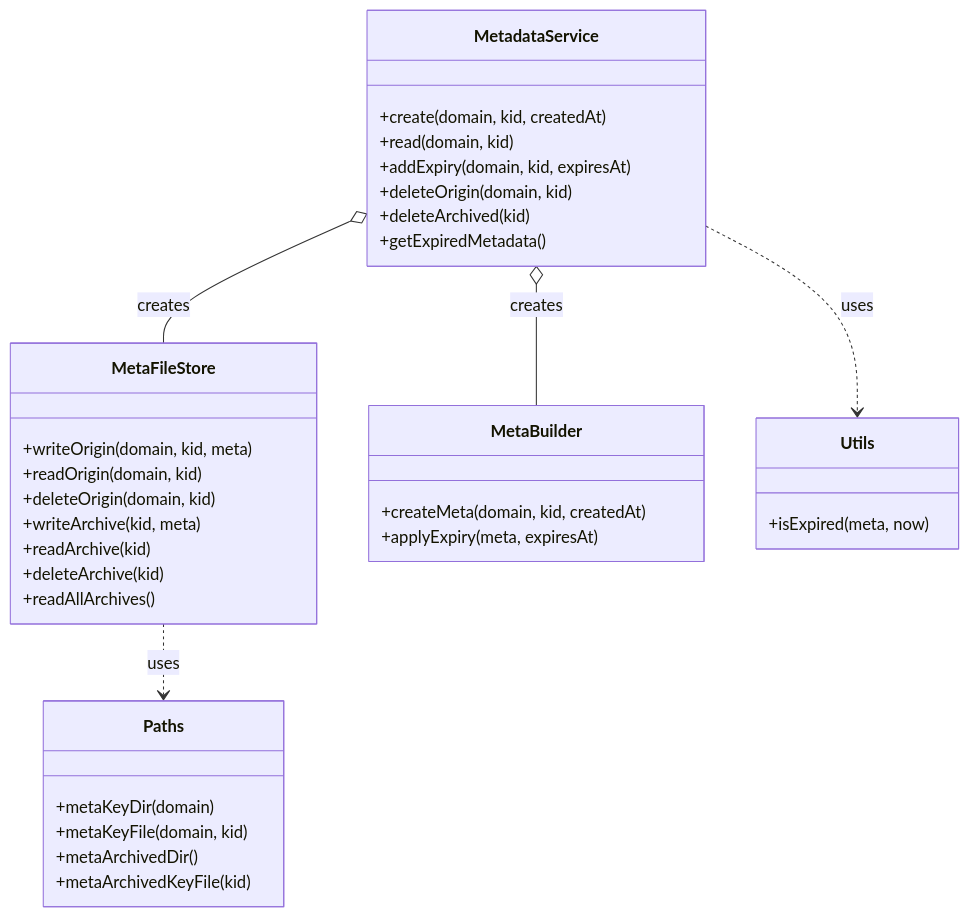
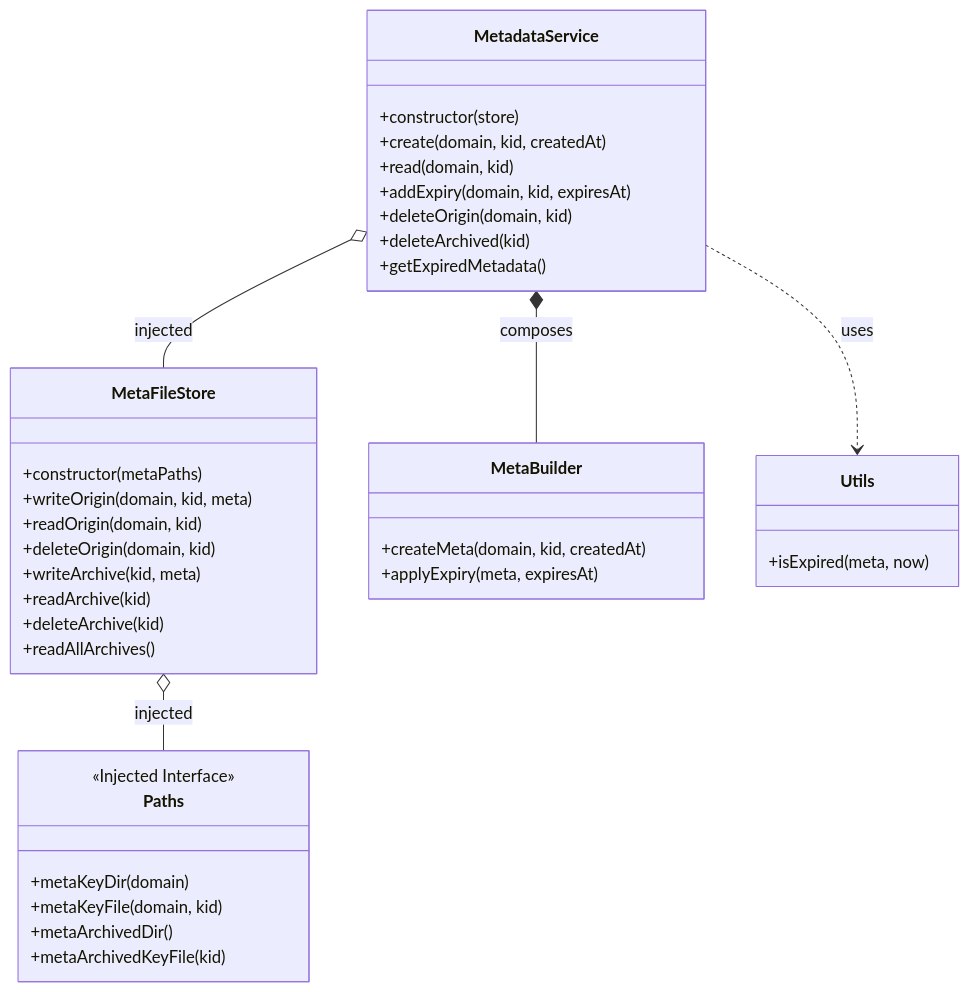
Before and after one commit to itsGurdevSingh/vault: the diagram in docs/generated/domain/metadata-manager/structure.md, drawn with Mermaid. The commit also changed 3 other files, not shown here.

Commit message:
refactor(metadata-manager): update MetadataService and MetaFileStore to use injected Paths for file management

````diff
--- a/docs/generated/domain/metadata-manager/structure.md
+++ b/docs/generated/domain/metadata-manager/structure.md
@@ -5,44 +5,48 @@
 ```mermaid
 classDiagram
     classDef domain fill:#e3f2fd,stroke:#1565c0;
     classDef infra fill:#f1f8e9,stroke:#558b2f;
     classDef violation stroke:#ff0000,stroke-width:4px,stroke-dasharray: 5 5;
 
     class MetadataService {
+        +constructor(store)
         +create(domain, kid, createdAt)
         +read(domain, kid)
         +addExpiry(domain, kid, expiresAt)
         +deleteOrigin(domain, kid)
         +deleteArchived(kid)
         +getExpiredMetadata()
     }
     class MetaFileStore {
+        +constructor(metaPaths)
         +writeOrigin(domain, kid, meta)
         +readOrigin(domain, kid)
         +deleteOrigin(domain, kid)
         +writeArchive(kid, meta)
         +readArchive(kid)
         +deleteArchive(kid)
         +readAllArchives()
     }
     class MetaBuilder {
         +createMeta(domain, kid, createdAt)
         +applyExpiry(meta, expiresAt)
     }
+    class Utils {
+        +isExpired(meta, now)
+    }
     class Paths {
+        <<Injected Interface>>
         +metaKeyDir(domain)
         +metaKeyFile(domain, kid)
         +metaArchivedDir()
         +metaArchivedKeyFile(kid)
     }
-    class Utils {
-        +isExpired(meta, now)
-    }
 
-    MetadataService o-- MetaFileStore : creates
-    MetadataService o-- MetaBuilder : creates
+    %% Relationships
+    MetadataService o-- MetaFileStore : injected
+    MetadataService *-- MetaBuilder : composes
     MetadataService ..> Utils : uses
-    MetaFileStore ..> Paths : uses
 
-    
+    MetaFileStore o-- Paths : injected
+
 ```
````
